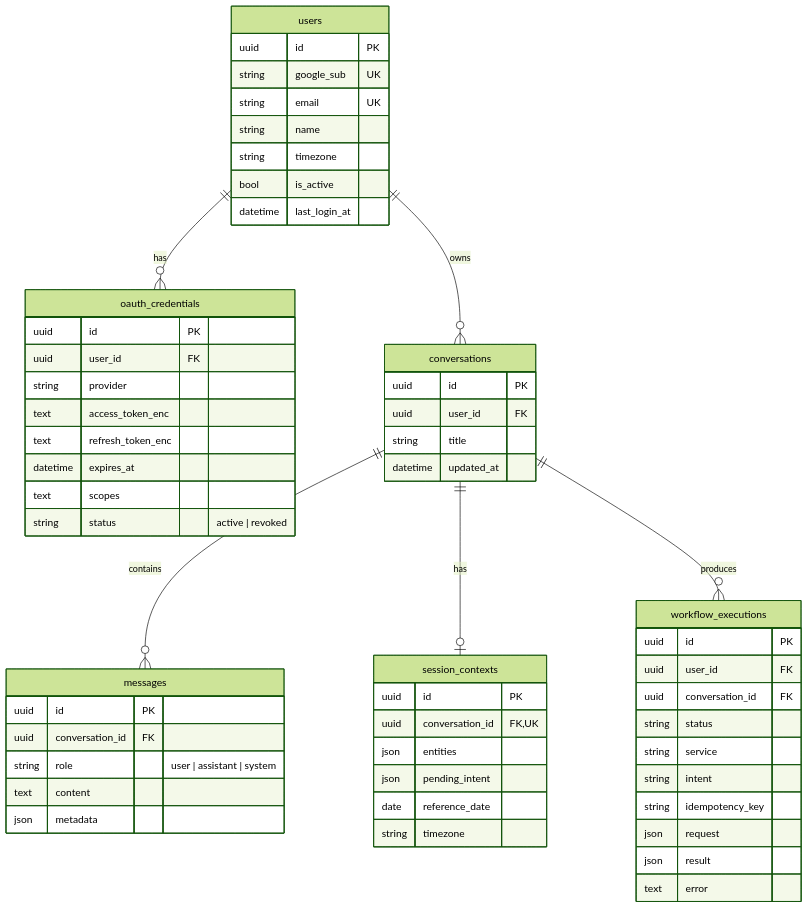
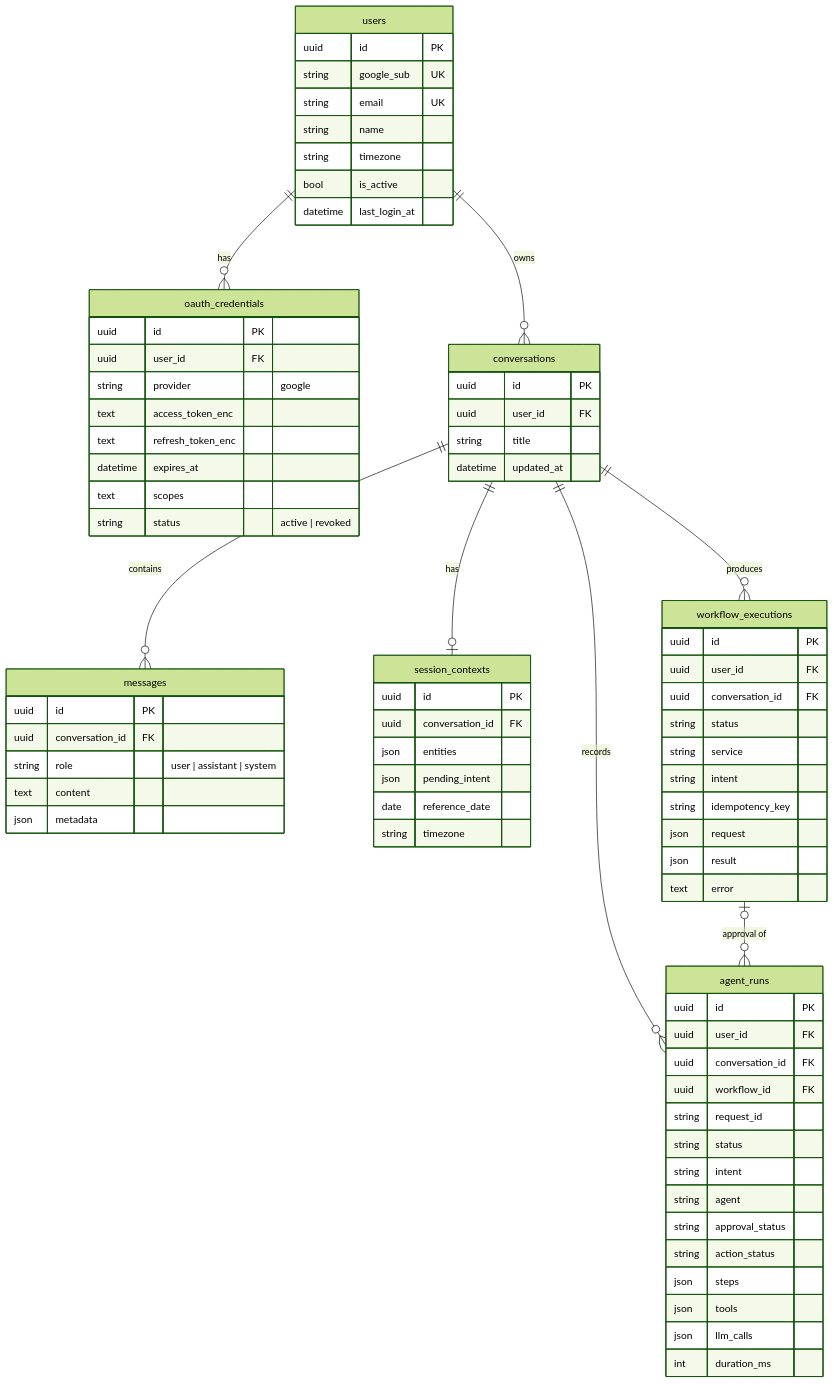
One commit to harika88388/agentic-workflow-assistant changed the fifth of 5 diagrams in README.md. Above: the diagram before and after it, drawn with Mermaid (forest theme). The commit also changed other lines of this file and 60 other files, not shown here.

````diff
--- a/README.md
+++ b/README.md
@@ -324,61 +405,79 @@
 ```mermaid
 erDiagram
     users ||--o{ oauth_credentials : has
     users ||--o{ conversations : owns
     conversations ||--o{ messages : contains
     conversations ||--o| session_contexts : has
     conversations ||--o{ workflow_executions : produces
+    conversations ||--o{ agent_runs : records
+    workflow_executions |o--o{ agent_runs : "approval of"
 
     users {
         uuid id PK
         string google_sub UK
         string email UK
         string name
         string timezone
         bool is_active
         datetime last_login_at
     }
     oauth_credentials {
         uuid id PK
         uuid user_id FK
-        string provider
+        string provider "google"
         text access_token_enc
         text refresh_token_enc
         datetime expires_at
         text scopes
         string status "active | revoked"
     }
     conversations {
         uuid id PK
         uuid user_id FK
         string title
         datetime updated_at
     }
     messages {
         uuid id PK
         uuid conversation_id FK
         string role "user | assistant | system"
         text content
         json metadata
     }
     session_contexts {
         uuid id PK
-        uuid conversation_id FK, UK
+        uuid conversation_id FK
         json entities
         json pending_intent
         date reference_date
         string timezone
     }
     workflow_executions {
         uuid id PK
         uuid user_id FK
         uuid conversation_id FK
         string status
         string service
         string intent
         string idempotency_key
         json request
         json result
         text error
     }
+    agent_runs {
+        uuid id PK
+        uuid user_id FK
+        uuid conversation_id FK
+        uuid workflow_id FK
+        string request_id
+        string status
+        string intent
+        string agent
+        string approval_status
+        string action_status
+        json steps
+        json tools
+        json llm_calls
+        int duration_ms
+    }
 ```
````
